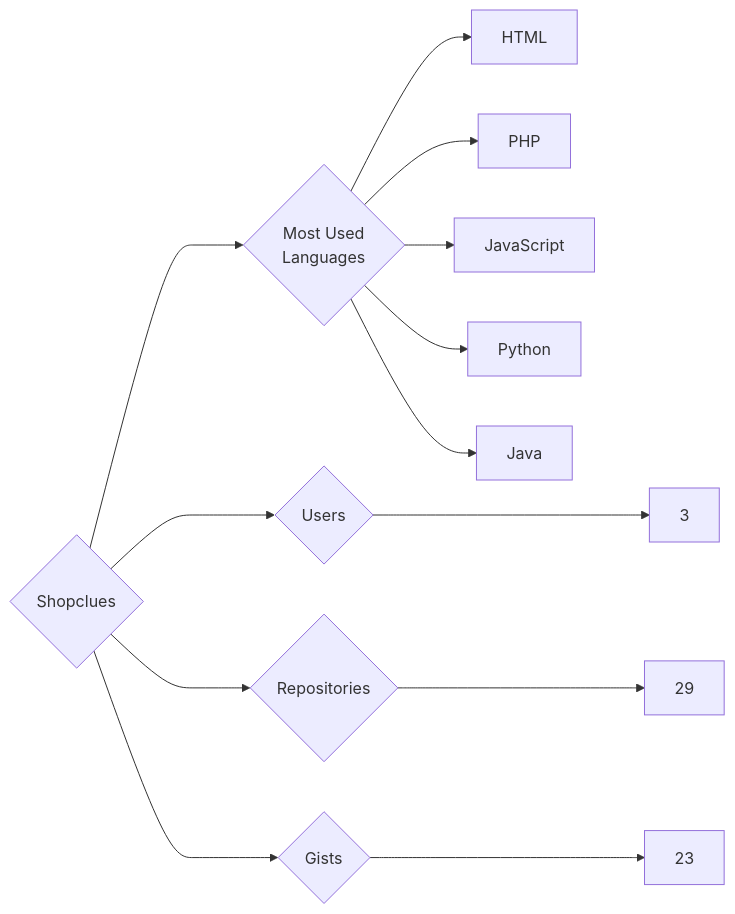
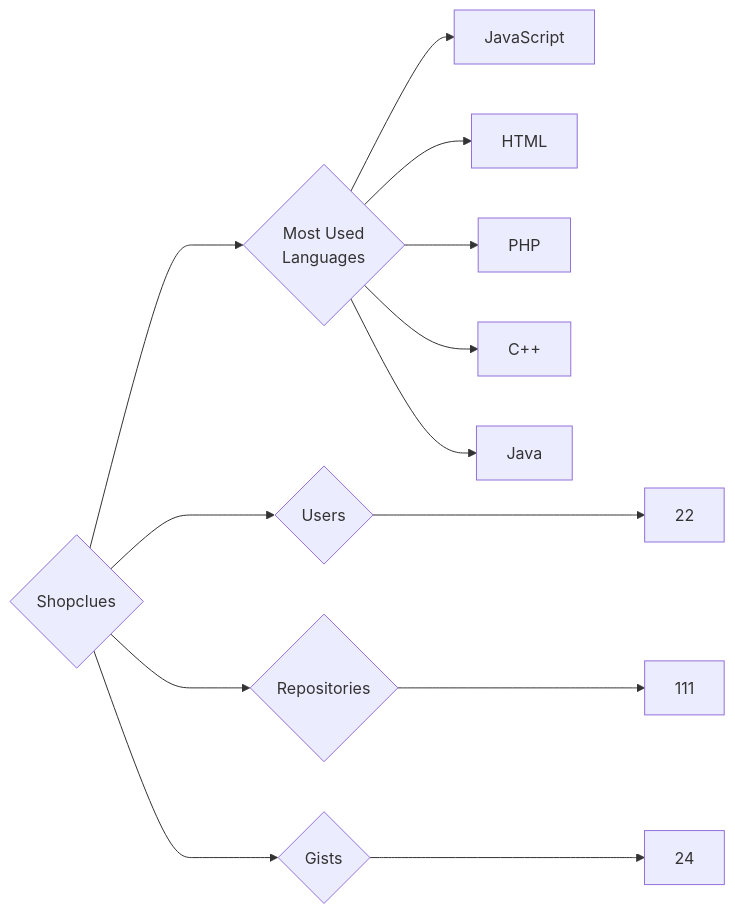
Before and after one commit to trickest/insiders: the diagram in targets/Shopclues/README.md, drawn with Mermaid. The commit also changed 912 other files, not shown here.

````diff
--- a/targets/Shopclues/README.md
+++ b/targets/Shopclues/README.md
@@ -3,13 +3,13 @@
 ```mermaid
 graph LR
 COMPANY_NAME{Shopclues}
-COMPANY_NAME ---> U{Users} ---> UN[3]
-COMPANY_NAME ---> R{Repositories} ---> RN[29]
-COMPANY_NAME ---> G{Gists} ---> GN[23]
+COMPANY_NAME ---> U{Users} ---> UN[22]
+COMPANY_NAME ---> R{Repositories} ---> RN[111]
+COMPANY_NAME ---> G{Gists} ---> GN[24]
 COMPANY_NAME ---> ML{Most Used<br>Languages}
+ML --> JavaScript[JavaScript]
 ML --> HTML[HTML]
 ML --> PHP[PHP]
-ML --> JavaScript[JavaScript]
-ML --> Python[Python]
+ML --> C++[C++]
 ML --> Java[Java]
 ```
````
